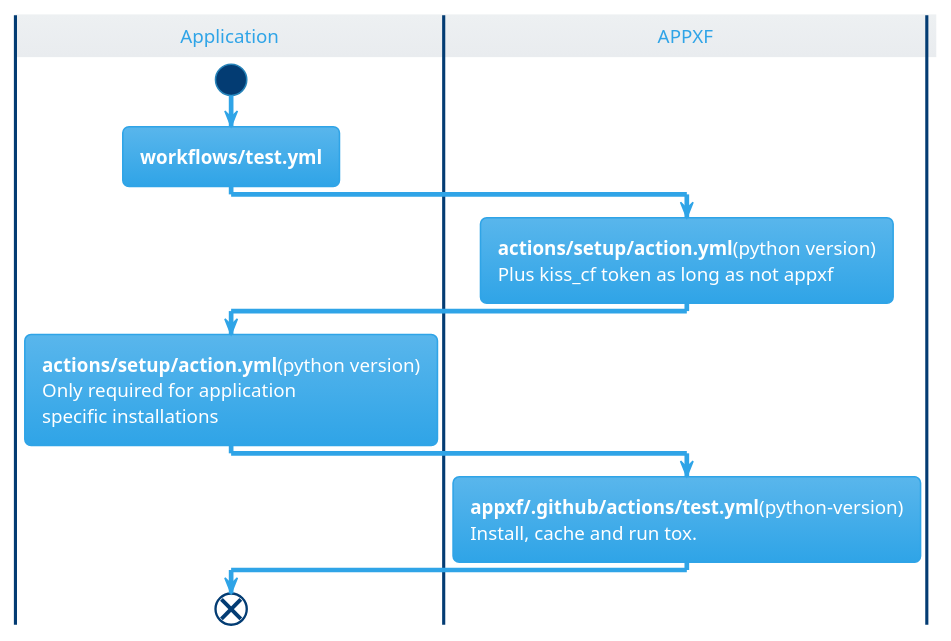
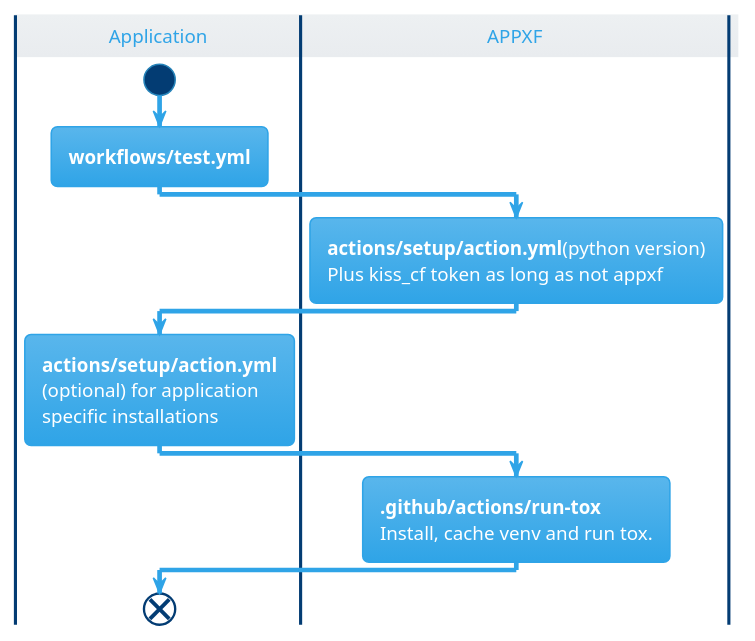
Before and after one commit to alexander-rd/appxf: the diagram in obsidian/modules/Github Support.md, drawn with PlantUML. The commit also changed 1 other file, not shown here.

Commit message:
Minor documentation updates

````diff
--- a/obsidian/modules/Github Support.md
+++ b/obsidian/modules/Github Support.md
@@ -2,23 +2,23 @@
 ```plantuml
 @startuml
 !theme cerulean 
 
 |Application|
 start
 :<b>workflows/test.yml</b>;
 |APPXF|
 :<b>actions/setup/action.yml</b>(python version)
 Plus kiss_cf token as long as not appxf;
 
 |Application|
-:<b>actions/setup/action.yml</b>(python version)
-Only required for application 
+:<b>actions/setup/action.yml</b>
+(optional) for application 
 specific installations;
 
 |APPXF|
-:<b>appxf/.github/actions/test.yml</b>(python-version)
-Install, cache and run tox.;
+:<b>.github/actions/run-tox</b>
+Install, cache venv and run tox.;
 |Application|
 end
 @enduml
 ```
````
